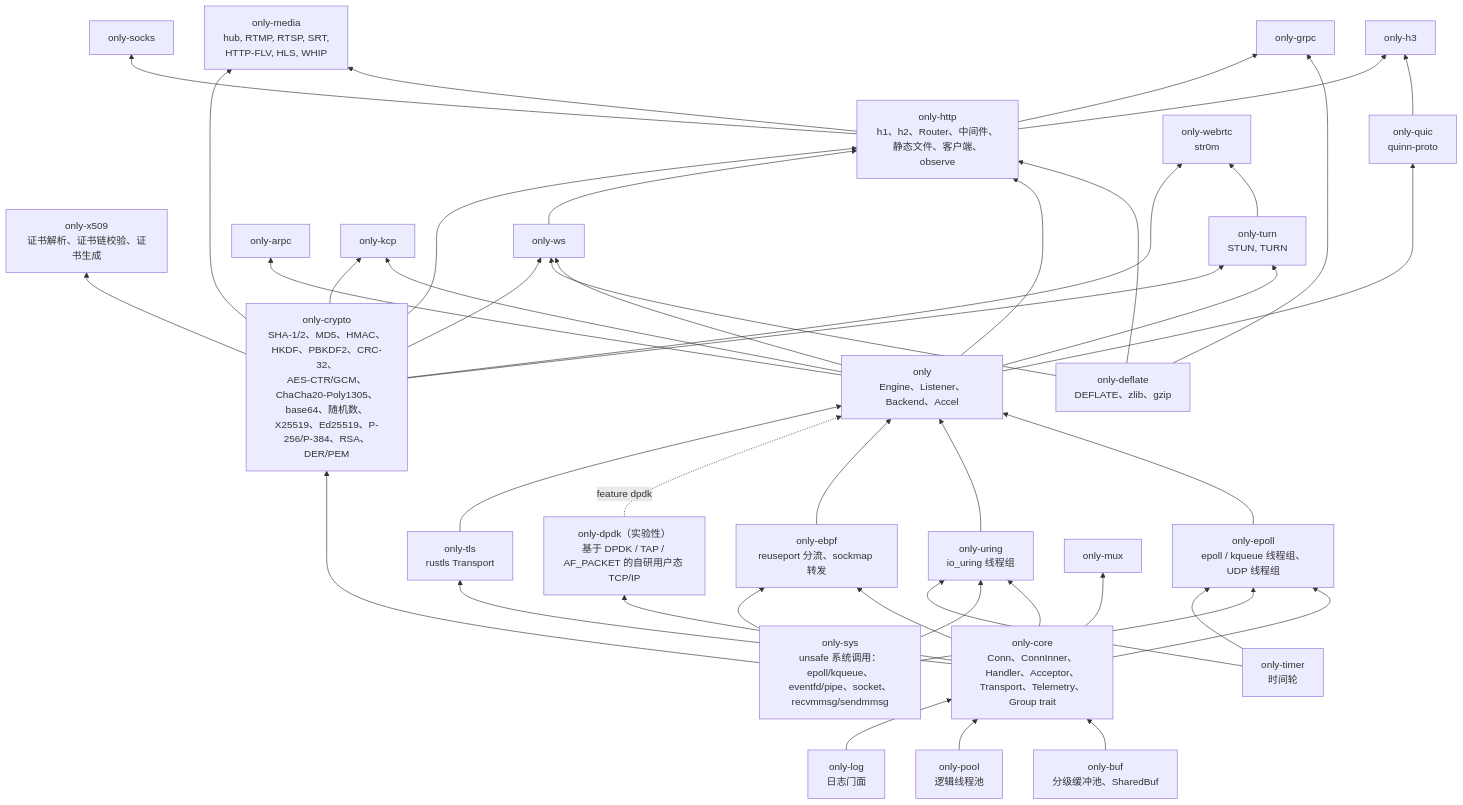
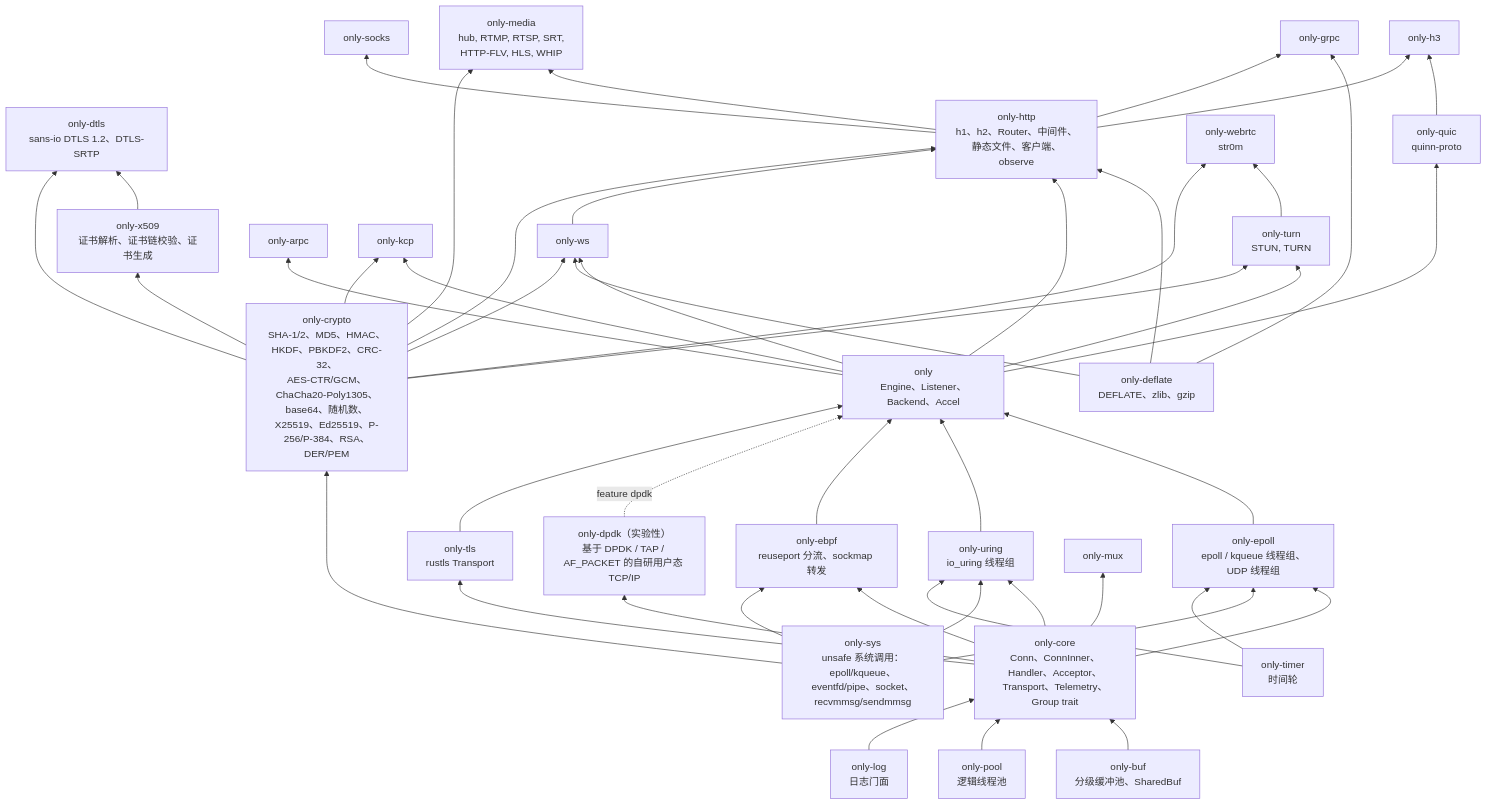
Before and after one commit to lesismal/akio: the first of 6 diagrams in docs/architecture.zh-CN.md, drawn with Mermaid. The commit also changed other lines of this file and 55 other files, not shown here.

First line of the commit message:
feat(only-dtls): sans-io DTLS 1.2 with DTLS-SRTP (DEV-PLAN wave C)

````diff
--- a/docs/architecture.zh-CN.md
+++ b/docs/architecture.zh-CN.md
@@ -12,74 +12,77 @@
 ```mermaid
 flowchart BT
     sys["only-sys<br/>unsafe 系统调用：epoll/kqueue、<br/>eventfd/pipe、socket、recvmmsg/sendmmsg"]
     crypto["only-crypto<br/>SHA-1/2、MD5、HMAC、HKDF、PBKDF2、CRC-32、<br/>AES-CTR/GCM、ChaCha20-Poly1305、base64、随机数、<br/>X25519、Ed25519、P-256/P-384、RSA、DER/PEM"]
     x509["only-x509<br/>证书解析、证书链校验、证书生成"]
+    dtls["only-dtls<br/>sans-io DTLS 1.2、DTLS-SRTP"]
     buf["only-buf<br/>分级缓冲池、SharedBuf"]
     timer["only-timer<br/>时间轮"]
     deflate["only-deflate<br/>DEFLATE、zlib、gzip"]
     logc["only-log<br/>日志门面"]
     pool["only-pool<br/>逻辑线程池"]
     core["only-core<br/>Conn、ConnInner、Handler、Acceptor、<br/>Transport、Telemetry、Group trait"]
     epoll["only-epoll<br/>epoll / kqueue 线程组、UDP 线程组"]
     uring["only-uring<br/>io_uring 线程组"]
     ebpf["only-ebpf<br/>reuseport 分流、sockmap 转发"]
     dpdk["only-dpdk（实验性）<br/>基于 DPDK / TAP / AF_PACKET 的自研用户态 TCP/IP"]
     tls["only-tls<br/>rustls Transport"]
     facade["only<br/>Engine、Listener、Backend、Accel"]
     http["only-http<br/>h1、h2、Router、中间件、<br/>静态文件、客户端、observe"]
     ws[only-ws]
     grpc[only-grpc]
     arpc[only-arpc]
     socks[only-socks]
     mux[only-mux]
     quic["only-quic<br/>quinn-proto"]
     h3[only-h3]
     kcp[only-kcp]
     turn["only-turn<br/>STUN, TURN"]
     webrtc["only-webrtc<br/>str0m"]
     media["only-media<br/>hub, RTMP, RTSP, SRT,<br/>HTTP-FLV, HLS, WHIP"]
 
     buf --> core
     pool --> core
     logc --> core
     core --> epoll
     sys --> epoll
     timer --> epoll
     core --> uring
     sys --> uring
     timer --> uring
     core --> ebpf
     core --> dpdk
     sys --> ebpf
     core --> tls
     epoll --> facade
     uring --> facade
     ebpf --> facade
     dpdk -.->|feature dpdk| facade
     tls --> facade
     facade --> ws
     deflate --> ws
     deflate --> http
     deflate --> grpc
     facade --> http
     ws --> http
     http --> grpc
     facade --> arpc
     http --> socks
     core --> mux
     facade --> quic
     quic --> h3
     http --> h3
     facade --> kcp
     facade --> turn
     turn --> webrtc
     http --> media
     sys --> crypto
     crypto --> x509
+    x509 --> dtls
+    crypto --> dtls
     crypto --> ws
     crypto --> http
     crypto --> kcp
     crypto --> turn
     crypto --> webrtc
     crypto --> media
 ```
````
